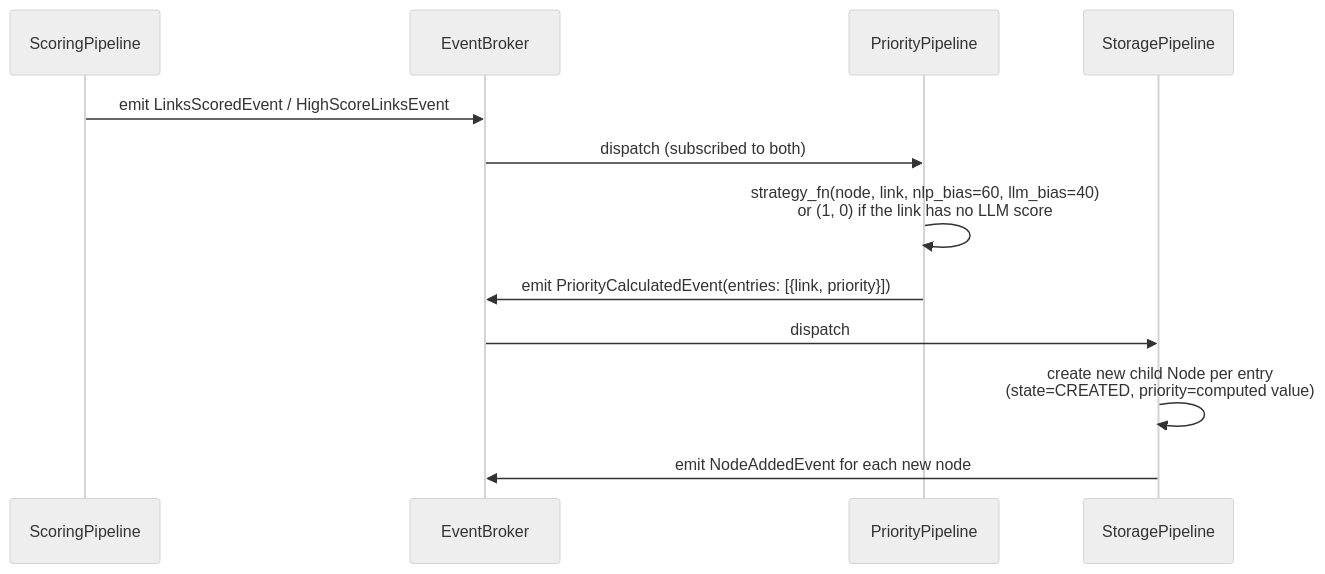
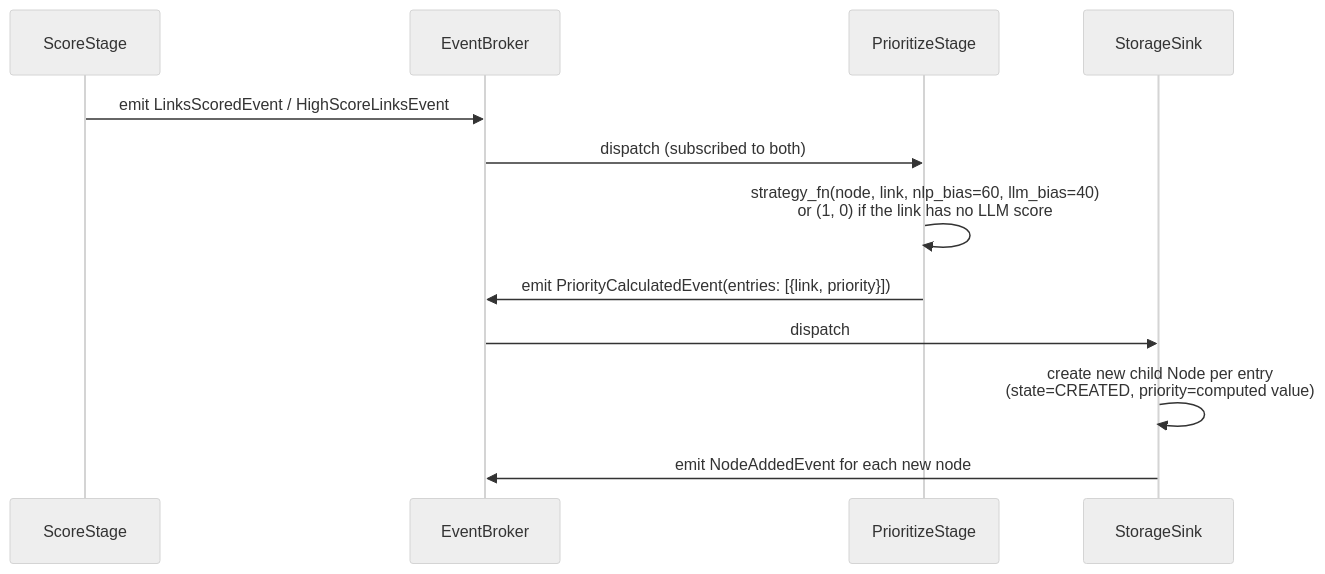
The third of 3 diagrams in docs/02-execution-walkthrough.md (omarbounawarapy/CrawlViz), drawn with Mermaid (neutral theme) before and after one commit. The commit also changed other lines of this file and 8 other files, not shown here.

Commit message:
Docs: the architecture guides use the stage and sink names

````diff
--- a/docs/02-execution-walkthrough.md
+++ b/docs/02-execution-walkthrough.md
@@ -85,15 +85,15 @@
 ```mermaid
 sequenceDiagram
-    participant Score as ScoringPipeline
+    participant Score as ScoreStage
     participant Broker as EventBroker
-    participant Prio as PriorityPipeline
-    participant Store as StoragePipeline
+    participant Prio as PrioritizeStage
+    participant Store as StorageSink
 
     Score->>Broker: emit LinksScoredEvent / HighScoreLinksEvent
     Broker->>Prio: dispatch (subscribed to both)
     Prio->>Prio: strategy_fn(node, link, nlp_bias=60, llm_bias=40)<br/>or (1, 0) if the link has no LLM score
     Prio->>Broker: emit PriorityCalculatedEvent(entries: [{link, priority}])
     Broker->>Store: dispatch
     Store->>Store: create new child Node per entry<br/>(state=CREATED, priority=computed value)
     Store->>Broker: emit NodeAddedEvent for each new node
 ```
````
